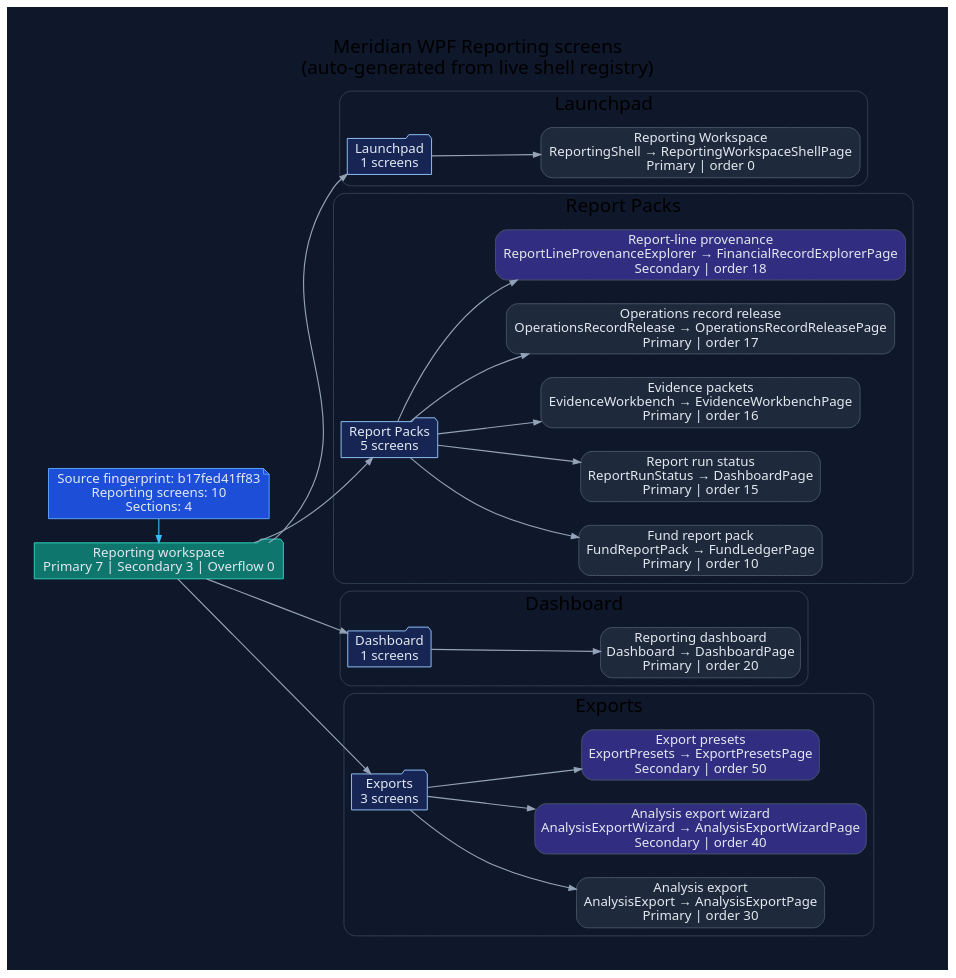
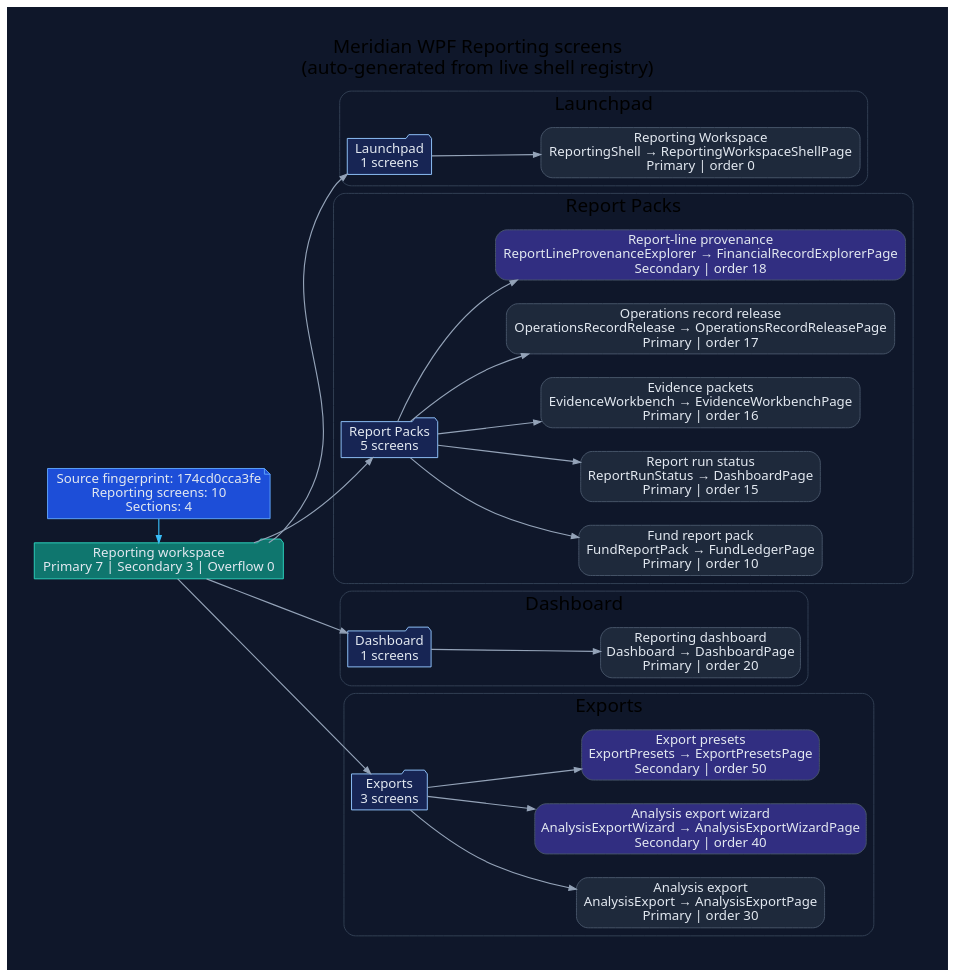
Before and after one commit to rodoHasArrived/Meridian-main: the diagram in docs/diagrams/ui/ui-wpf-screens-reporting.dot, drawn with Graphviz. The commit also changed 47 other files, not shown here.

```diff
--- a/docs/diagrams/ui/ui-wpf-screens-reporting.dot
+++ b/docs/diagrams/ui/ui-wpf-screens-reporting.dot
@@ -1,78 +1,78 @@
 // -----------------------------------------------------------------------------
 // <auto-generated>
 // Generated by scripts/generate-diagrams.mjs.
 // Do not edit this file directly; update the WPF source files instead.
 // -----------------------------------------------------------------------------
 digraph WpfReportingScreens {
   graph [
     rankdir=LR,
     labelloc=t,
     label="Meridian WPF Reporting screens\n(auto-generated from live shell registry)",
     fontname="Segoe UI",
     fontsize=20,
     pad=0.4,
     nodesep=0.35,
     ranksep=0.85,
     bgcolor="#0f172a"
   ];
   node [fontname="Segoe UI", shape=box, style="rounded,filled", color="#475569", fontcolor="#e2e8f0", fillcolor="#1e293b"];
   edge [fontname="Segoe UI", color="#94a3b8", penwidth=1.2, arrowsize=0.75];
 
-  generated [shape=note, fillcolor="#1d4ed8", color="#60a5fa", label="Source fingerprint: b17fed41ff83\nReporting screens: 10\nSections: 4"];
+  generated [shape=note, fillcolor="#1d4ed8", color="#60a5fa", label="Source fingerprint: 174cd0cca3fe\nReporting screens: 10\nSections: 4"];
   workspace [shape=folder, fillcolor="#0f766e", color="#2dd4bf", label="Reporting workspace\nPrimary 7 | Secondary 3 | Overflow 0"];
   generated -> workspace [color="#38bdf8"];
 
   subgraph cluster_section_1 {
     label="Launchpad";
     color="#334155";
     style="rounded";
     section_1 [shape=folder, fillcolor="#172554", color="#93c5fd", label="Launchpad\n1 screens"];
     workspace -> section_1;
     screen_ReportingShell [fillcolor="#1e293b", label="Reporting Workspace\nReportingShell → ReportingWorkspaceShellPage\nPrimary | order 0"];
     section_1 -> screen_ReportingShell;
   }
 
   subgraph cluster_section_2 {
     label="Report Packs";
     color="#334155";
     style="rounded";
     section_2 [shape=folder, fillcolor="#172554", color="#93c5fd", label="Report Packs\n5 screens"];
     workspace -> section_2;
     screen_FundReportPack [fillcolor="#1e293b", label="Fund report pack\nFundReportPack → FundLedgerPage\nPrimary | order 10"];
     section_2 -> screen_FundReportPack;
     screen_ReportRunStatus [fillcolor="#1e293b", label="Report run status\nReportRunStatus → DashboardPage\nPrimary | order 15"];
     section_2 -> screen_ReportRunStatus;
     screen_EvidenceWorkbench [fillcolor="#1e293b", label="Evidence packets\nEvidenceWorkbench → EvidenceWorkbenchPage\nPrimary | order 16"];
     section_2 -> screen_EvidenceWorkbench;
     screen_OperationsRecordRelease [fillcolor="#1e293b", label="Operations record release\nOperationsRecordRelease → OperationsRecordReleasePage\nPrimary | order 17"];
     section_2 -> screen_OperationsRecordRelease;
     screen_ReportLineProvenanceExplorer [fillcolor="#312e81", label="Report-line provenance\nReportLineProvenanceExplorer → FinancialRecordExplorerPage\nSecondary | order 18"];
     section_2 -> screen_ReportLineProvenanceExplorer;
   }
 
   subgraph cluster_section_3 {
     label="Dashboard";
     color="#334155";
     style="rounded";
     section_3 [shape=folder, fillcolor="#172554", color="#93c5fd", label="Dashboard\n1 screens"];
     workspace -> section_3;
     screen_Dashboard [fillcolor="#1e293b", label="Reporting dashboard\nDashboard → DashboardPage\nPrimary | order 20"];
     section_3 -> screen_Dashboard;
   }
 
   subgraph cluster_section_4 {
     label="Exports";
     color="#334155";
     style="rounded";
     section_4 [shape=folder, fillcolor="#172554", color="#93c5fd", label="Exports\n3 screens"];
     workspace -> section_4;
     screen_AnalysisExport [fillcolor="#1e293b", label="Analysis export\nAnalysisExport → AnalysisExportPage\nPrimary | order 30"];
     section_4 -> screen_AnalysisExport;
     screen_AnalysisExportWizard [fillcolor="#312e81", label="Analysis export wizard\nAnalysisExportWizard → AnalysisExportWizardPage\nSecondary | order 40"];
     section_4 -> screen_AnalysisExportWizard;
     screen_ExportPresets [fillcolor="#312e81", label="Export presets\nExportPresets → ExportPresetsPage\nSecondary | order 50"];
     section_4 -> screen_ExportPresets;
   }
 
   { rank=min; generated; workspace; }
 }
```
